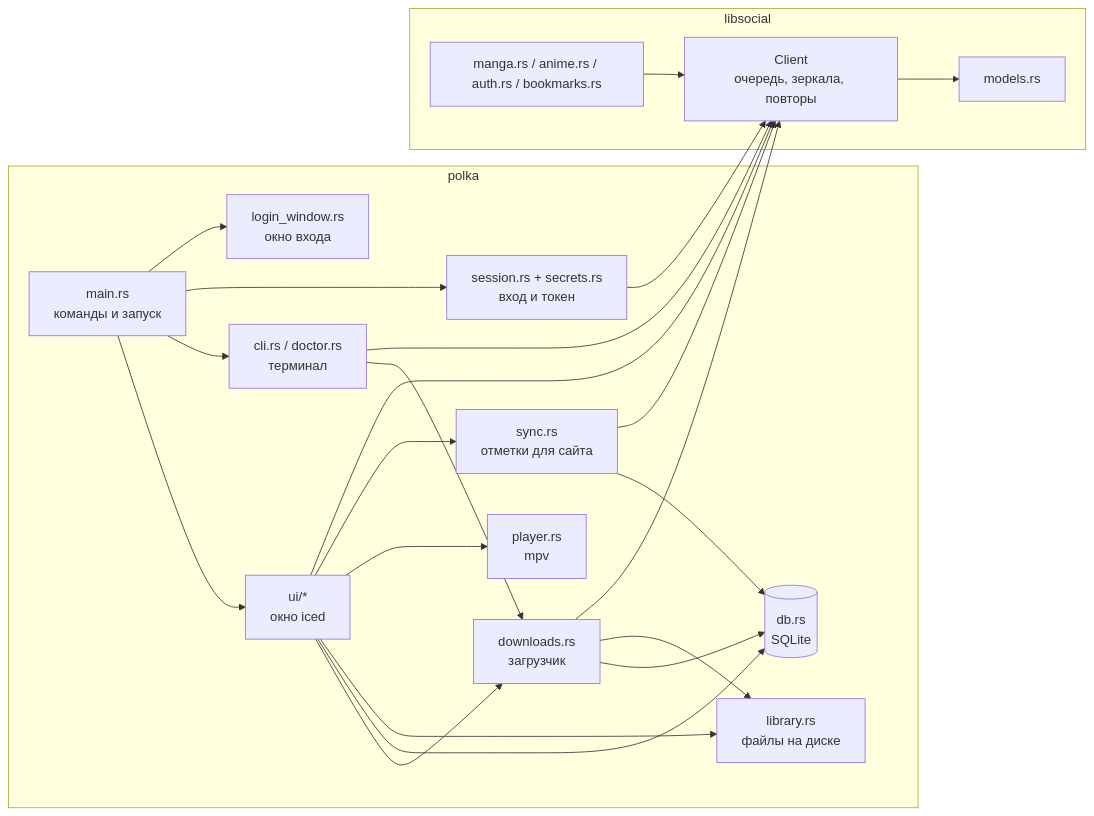
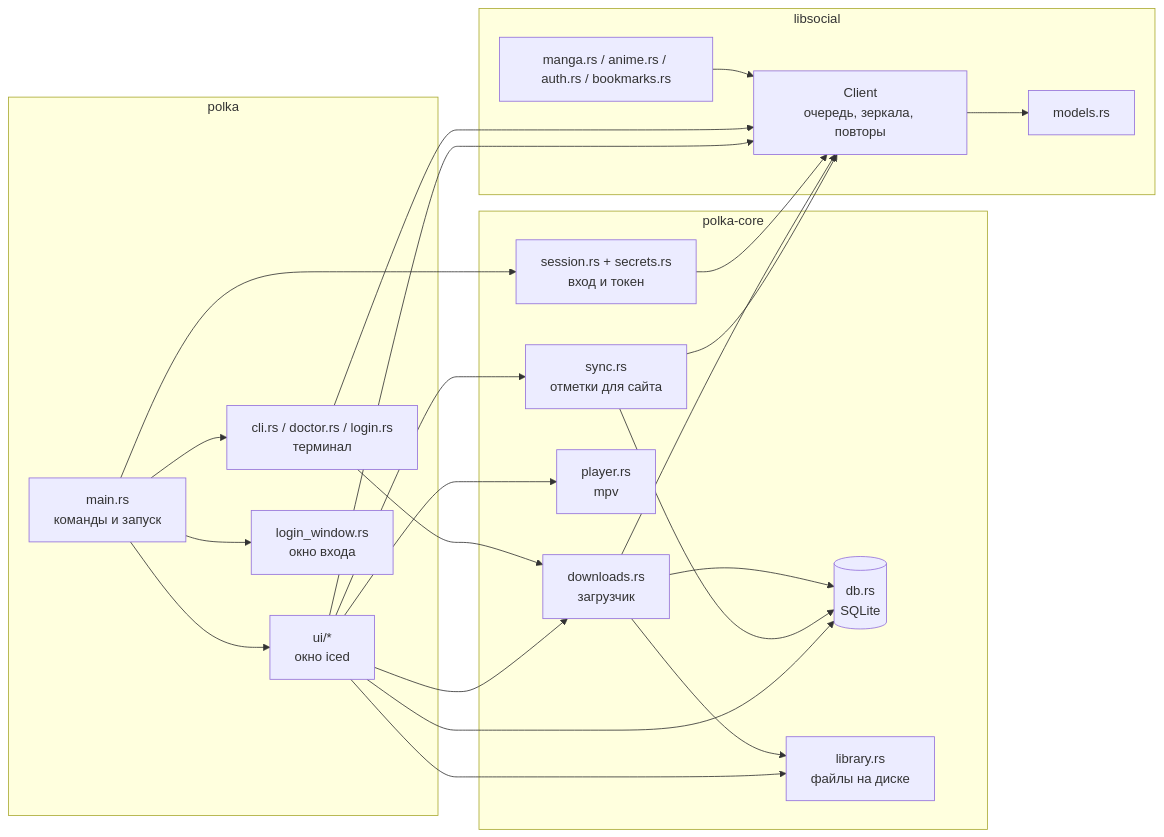
The first of 2 diagrams in docs/architecture.md (Alastor1991/Polka-mangalib-desktop_unofficial-), drawn with Mermaid before and after one commit. The commit also changed other lines of this file and 26 other files, not shown here.

First line of the commit message:
Ядро без интерфейса: крейт polka-core

````diff
--- a/docs/architecture.md
+++ b/docs/architecture.md
@@ -16,28 +19,30 @@
 ```mermaid
 flowchart LR
     subgraph polka
         main[main.rs<br/>команды и запуск]
         ui[ui/*<br/>окно iced]
-        cli[cli.rs / doctor.rs<br/>терминал]
+        cli[cli.rs / doctor.rs / login.rs<br/>терминал]
+        lw[login_window.rs<br/>окно входа]
+    end
+    subgraph polka-core
         dl[downloads.rs<br/>загрузчик]
         db[(db.rs<br/>SQLite)]
         lib[library.rs<br/>файлы на диске]
         sess[session.rs + secrets.rs<br/>вход и токен]
         player[player.rs<br/>mpv]
         sync[sync.rs<br/>отметки для сайта]
-        lw[login_window.rs<br/>окно входа]
     end
     subgraph libsocial
         client[Client<br/>очередь, зеркала, повторы]
         api[manga.rs / anime.rs / auth.rs / bookmarks.rs]
         models[models.rs]
     end
     main --> ui & cli & sess & lw
     ui --> dl & db & lib & player & sync & client
     sync --> db & client
     cli --> dl & client
     dl --> db & lib & client
     sess --> client
     api --> client
     client --> models
 ```
````
